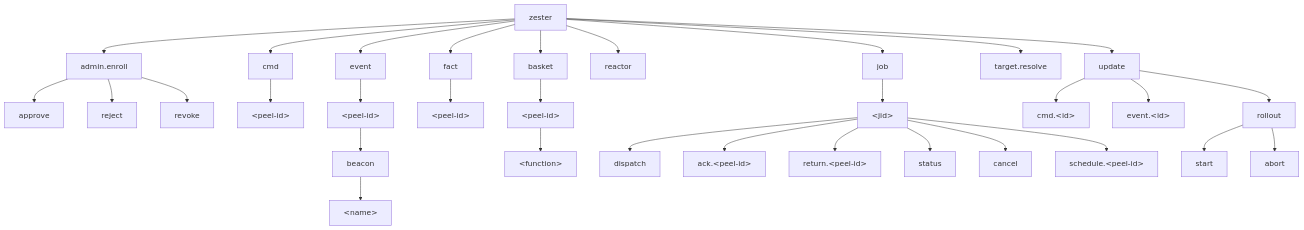
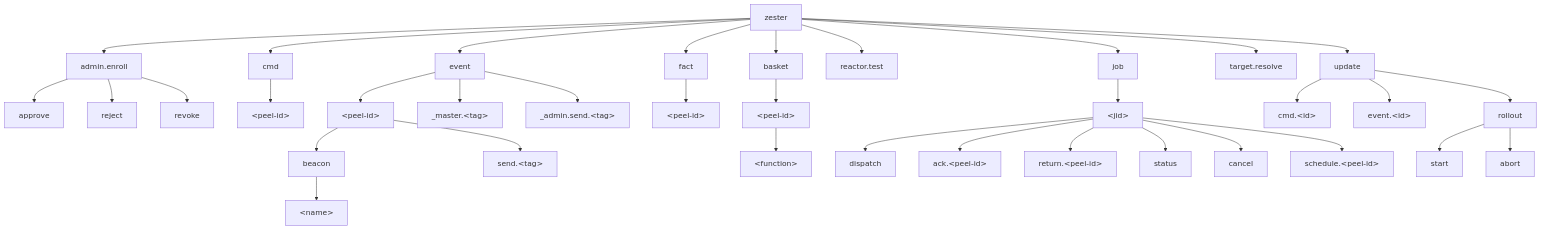
Before and after one commit to nirnx/zester: the first of 11 diagrams in website/content/docs/architecture/nats.mdx, drawn with Mermaid. The commit also changed other lines of this file and 105 other files, not shown here.

````diff
--- a/website/content/docs/architecture/nats.mdx
+++ b/website/content/docs/architecture/nats.mdx
@@ -52,41 +52,44 @@
 ```mermaid
 graph TD
     ROOT["zester"] --> CMD["cmd"]
     ROOT --> EVENT["event"]
     ROOT --> FACT["fact"]
     ROOT --> BASKET["basket"]
     ROOT --> JOB["job"]
-    ROOT --> REACTOR["reactor"]
+    ROOT --> REACTOR["reactor.test"]
     ROOT --> UPDATE["update"]
     ROOT --> TARGET["target.resolve"]
     ROOT --> ADMIN["admin.enroll"]
 
     ADMIN --> ADM_A["approve"]
     ADMIN --> ADM_RJ["reject"]
     ADMIN --> ADM_RV["revoke"]
 
     CMD --> CMD_T["&lt;peel-id&gt;"]
 
     EVENT --> EVT_P["&lt;peel-id&gt;"]
+    EVENT --> EVT_M["_master.&lt;tag&gt;"]
+    EVENT --> EVT_A["_admin.send.&lt;tag&gt;"]
     EVT_P --> EVT_B["beacon"]
     EVT_B --> EVT_BN["&lt;name&gt;"]
+    EVT_P --> EVT_S["send.&lt;tag&gt;"]
 
     FACT --> FACT_P["&lt;peel-id&gt;"]
 
     BASKET --> BSK_P["&lt;peel-id&gt;"]
     BSK_P --> BSK_F["&lt;function&gt;"]
 
     JOB --> JOB_J["&lt;jid&gt;"]
     JOB_J --> JOB_D["dispatch"]
     JOB_J --> JOB_ACK["ack.&lt;peel-id&gt;"]
     JOB_J --> JOB_RET["return.&lt;peel-id&gt;"]
     JOB_J --> JOB_STAT["status"]
     JOB_J --> JOB_CAN["cancel"]
     JOB_J --> JOB_SCHED["schedule.&lt;peel-id&gt;"]
 
     UPDATE --> UPDATE_CMD["cmd.&lt;id&gt;"]
     UPDATE --> UPDATE_EVT["event.&lt;id&gt;"]
     UPDATE --> UPDATE_ROLLOUT["rollout"]
     UPDATE_ROLLOUT --> UPDATE_START["start"]
     UPDATE_ROLLOUT --> UPDATE_ABORT["abort"]
 ```
````
